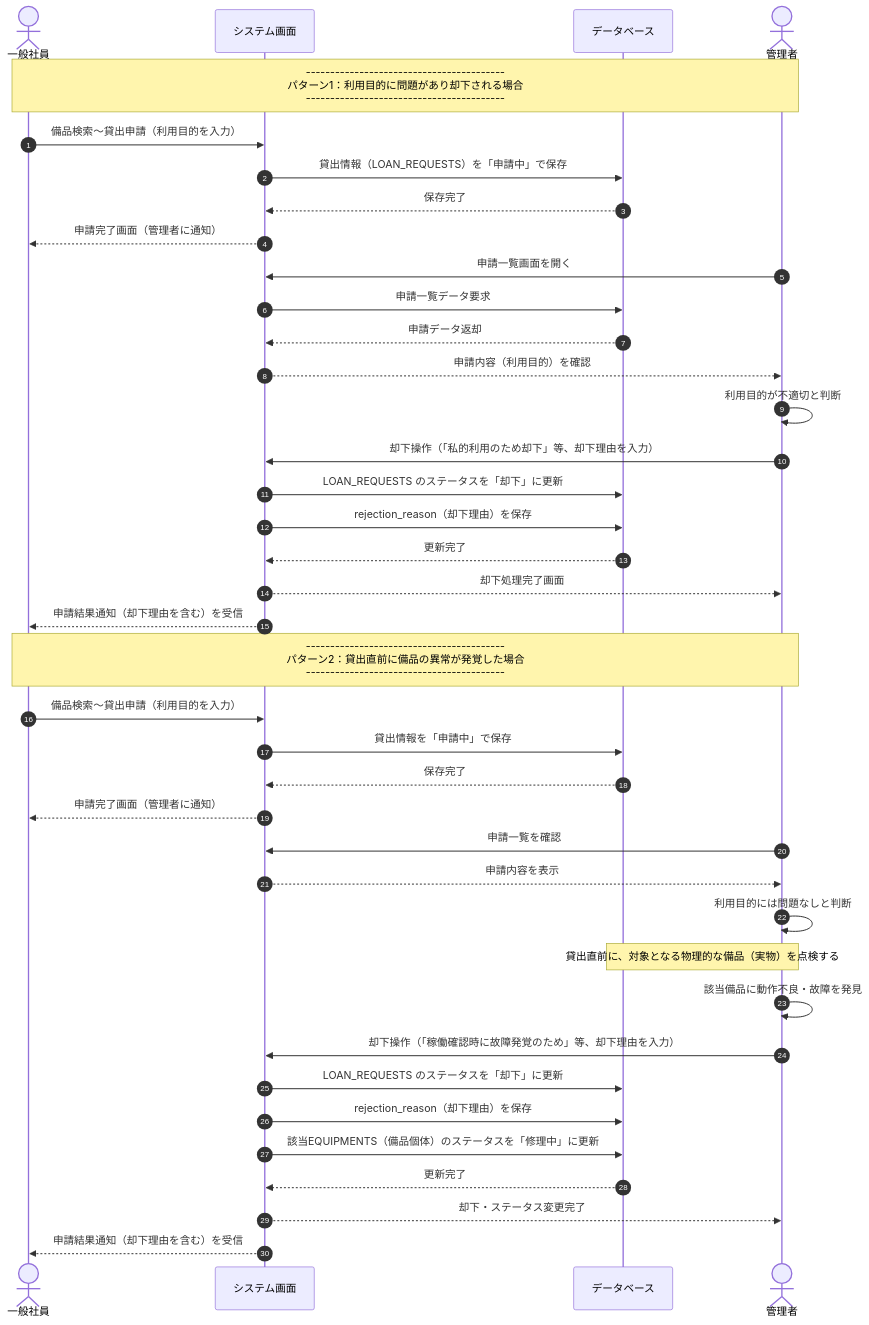
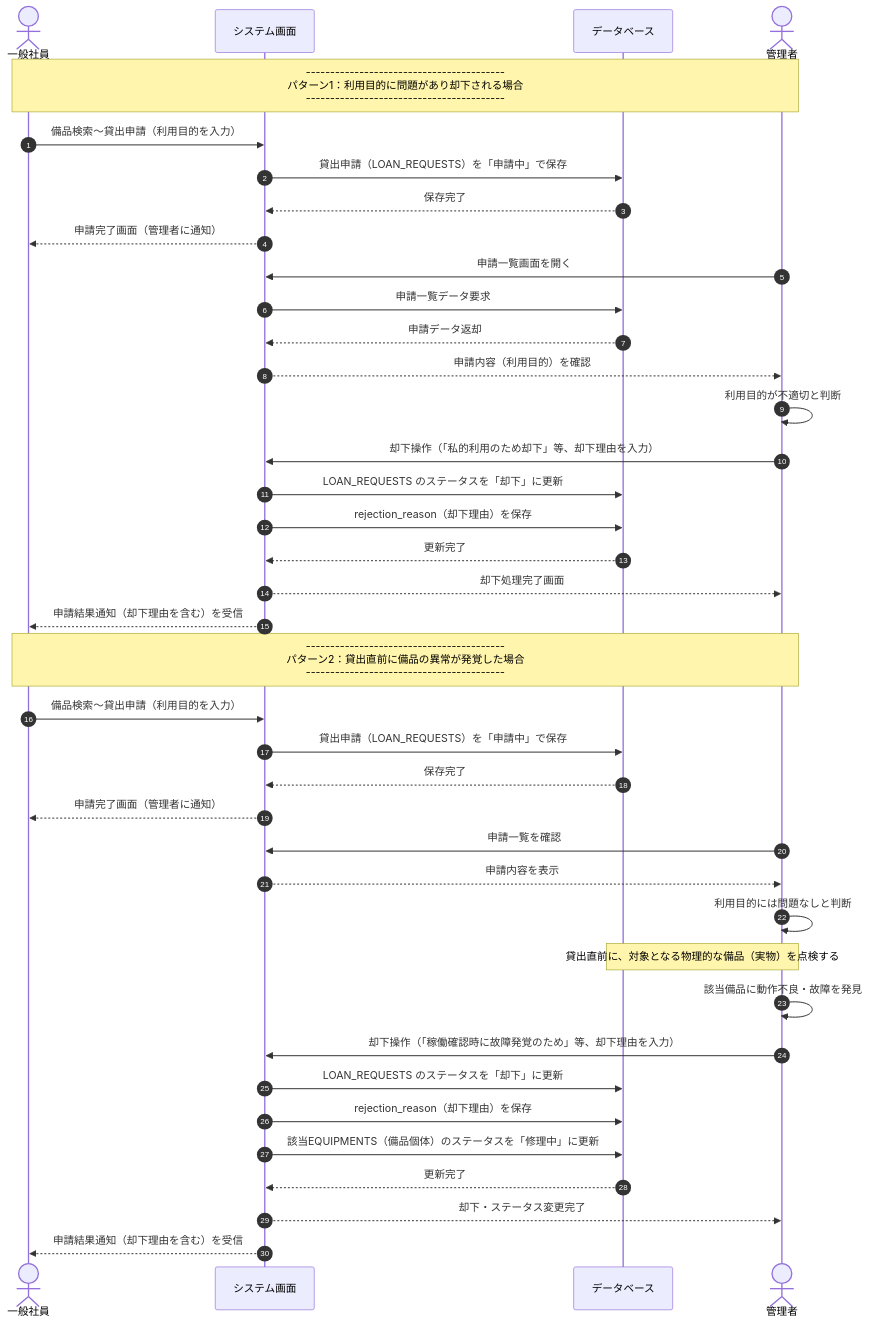
One commit to akira0716/salto-12d changed the diagram in doc/基本設計/05_シーケンス図（異常系）.md. Above: the diagram before and after it, drawn with Mermaid. The commit also changed 6 other files, not shown here.

````diff
--- a/doc/基本設計/05_シーケンス図（異常系）.md
+++ b/doc/基本設計/05_シーケンス図（異常系）.md
@@ -9,50 +9,50 @@
 ```mermaid
 sequenceDiagram
     autonumber
     actor User as 一般社員
     participant Web as システム画面
     participant DB as データベース
     actor Admin as 管理者
 
     Note over User,Admin: -----------------------------------------<br/>パターン1：利用目的に問題があり却下される場合<br/>-----------------------------------------
     User->>Web: 備品検索〜貸出申請（利用目的を入力）
-    Web->>DB: 貸出情報（LOAN_REQUESTS）を「申請中」で保存
+    Web->>DB: 貸出申請（LOAN_REQUESTS）を「申請中」で保存
     DB-->>Web: 保存完了
     Web-->>User: 申請完了画面（管理者に通知）
 
     Admin->>Web: 申請一覧画面を開く
     Web->>DB: 申請一覧データ要求
     DB-->>Web: 申請データ返却
     Web-->>Admin: 申請内容（利用目的）を確認
     
     Admin->>Admin: 利用目的が不適切と判断
     
     Admin->>Web: 却下操作（「私的利用のため却下」等、却下理由を入力）
     Web->>DB: LOAN_REQUESTS のステータスを「却下」に更新
     Web->>DB: rejection_reason（却下理由）を保存
     DB-->>Web: 更新完了
     Web-->>Admin: 却下処理完了画面
     Web-->>User: 申請結果通知（却下理由を含む）を受信
 
 
     Note over User,Admin: -----------------------------------------<br/>パターン2：貸出直前に備品の異常が発覚した場合<br/>-----------------------------------------
     User->>Web: 備品検索〜貸出申請（利用目的を入力）
-    Web->>DB: 貸出情報を「申請中」で保存
+    Web->>DB: 貸出申請（LOAN_REQUESTS）を「申請中」で保存
     DB-->>Web: 保存完了
     Web-->>User: 申請完了画面（管理者に通知）
 
     Admin->>Web: 申請一覧を確認
     Web-->>Admin: 申請内容を表示
     Admin->>Admin: 利用目的には問題なしと判断
     
     Note over Admin,DB: 貸出直前に、対象となる物理的な備品（実物）を点検する
     Admin->>Admin: 該当備品に動作不良・故障を発見
 
     Admin->>Web: 却下操作（「稼働確認時に故障発覚のため」等、却下理由を入力）
     Web->>DB: LOAN_REQUESTS のステータスを「却下」に更新
     Web->>DB: rejection_reason（却下理由）を保存
     Web->>DB: 該当EQUIPMENTS（備品個体）のステータスを「修理中」に更新
     DB-->>Web: 更新完了
     Web-->>Admin: 却下・ステータス変更完了
     Web-->>User: 申請結果通知（却下理由を含む）を受信
 ```
````
